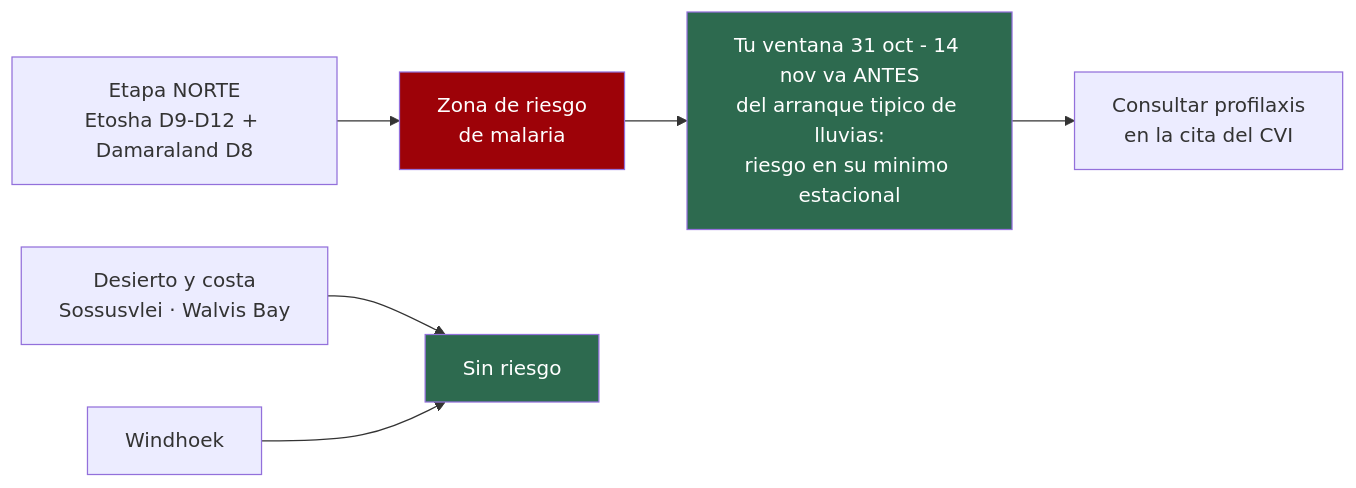
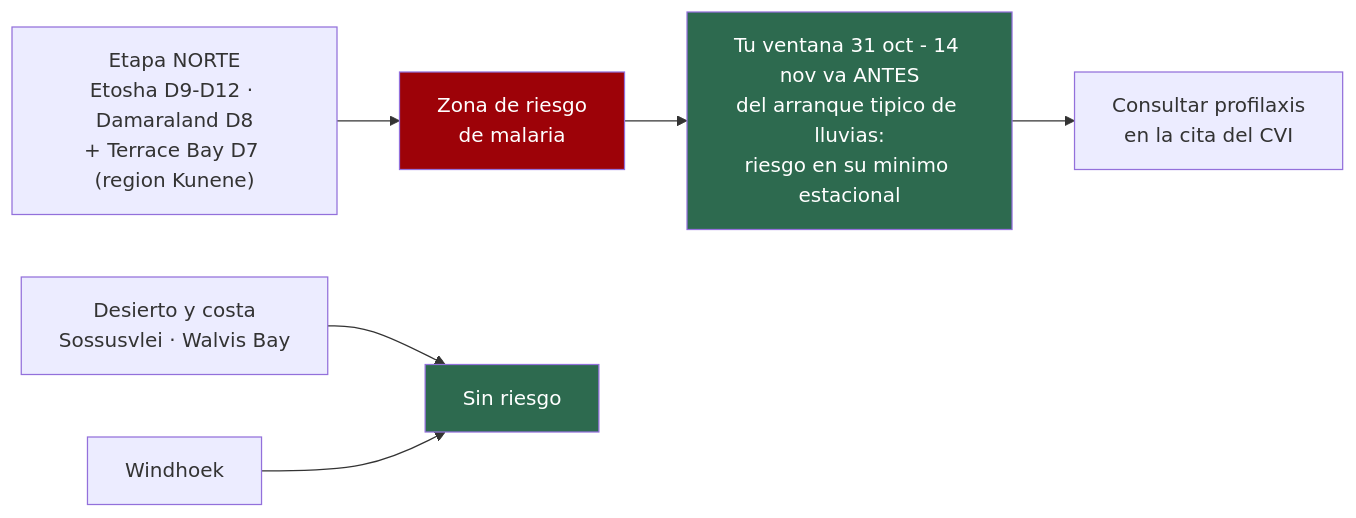
Before and after one commit to morandeirachema/namibia: the first of 5 diagrams in 04-guia-preparacion.md, drawn with Mermaid. The commit also changed other lines of this file and 10 other files, not shown here.

````diff
--- a/04-guia-preparacion.md
+++ b/04-guia-preparacion.md
@@ -26,11 +26,11 @@
 ```mermaid
 flowchart LR
-    N["Etapa NORTE<br/>Etosha D9-D12 + Damaraland D8"] --> R["Zona de riesgo<br/>de malaria"]
+    N["Etapa NORTE<br/>Etosha D9-D12 · Damaraland D8<br/>+ Terrace Bay D7 (region Kunene)"] --> R["Zona de riesgo<br/>de malaria"]
     S["Desierto y costa<br/>Sossusvlei · Walvis Bay"] --> NR["Sin riesgo"]
     W["Windhoek"] --> NR
     R --> T["Tu ventana 31 oct - 14 nov va ANTES<br/>del arranque tipico de lluvias:<br/>riesgo en su minimo estacional"]
     T --> P["Consultar profilaxis<br/>en la cita del CVI"]
     style R fill:#9d0208,color:#fff
     style NR fill:#2d6a4f,color:#fff
     style T fill:#2d6a4f,color:#fff
 ```
````
